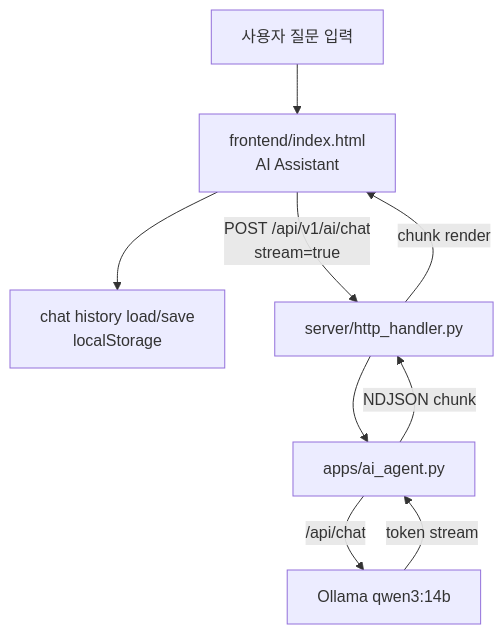
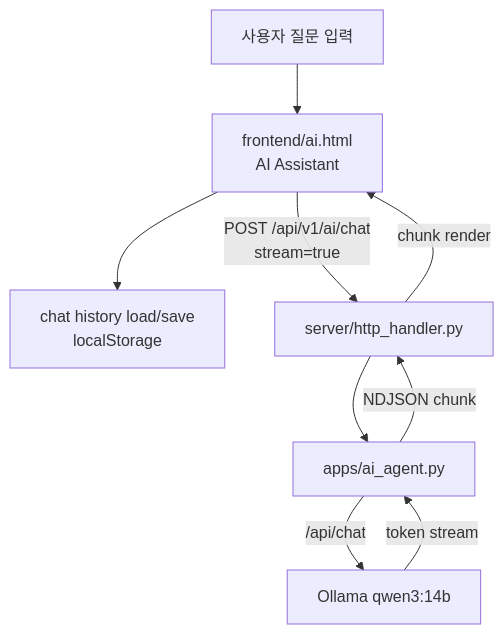
The third of 4 diagrams in README.md (sayoon01/catenax-cobot-dataspace), drawn with Mermaid before and after one commit. The commit also changed other lines of this file and 10 other files, not shown here.

````diff
--- a/README.md
+++ b/README.md
@@ -83,11 +83,11 @@
 ```mermaid
 flowchart TD
-    Q[사용자 질문 입력] --> FE2[frontend/index.html<br/>AI Assistant]
+    Q[사용자 질문 입력] --> FE2[frontend/ai.html<br/>AI Assistant]
     FE2 --> H1[chat history load/save<br/>localStorage]
     FE2 -->|POST /api/v1/ai/chat<br/>stream=true| API2[server/http_handler.py]
     API2 --> AG3[apps/ai_agent.py]
     AG3 -->|/api/chat| OLL[Ollama qwen3:14b]
     OLL -->|token stream| AG3
     AG3 -->|NDJSON chunk| API2
     API2 -->|chunk render| FE2
 ```
````
